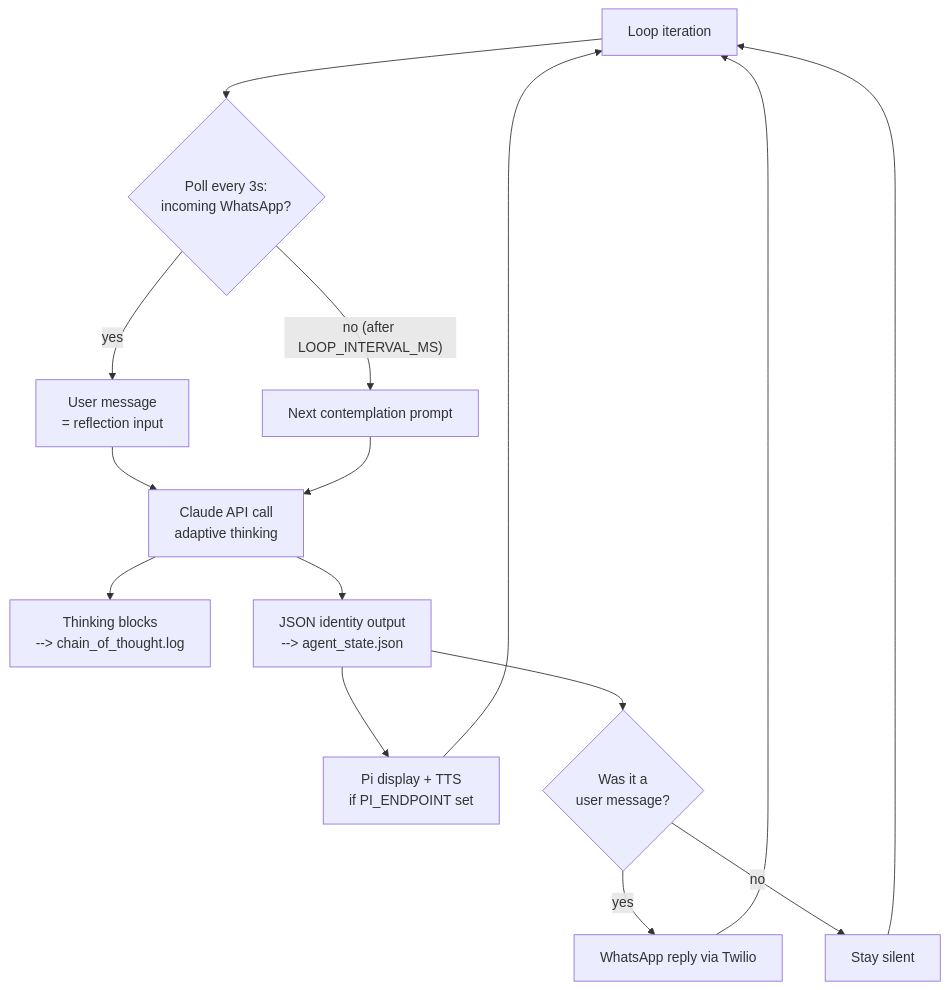
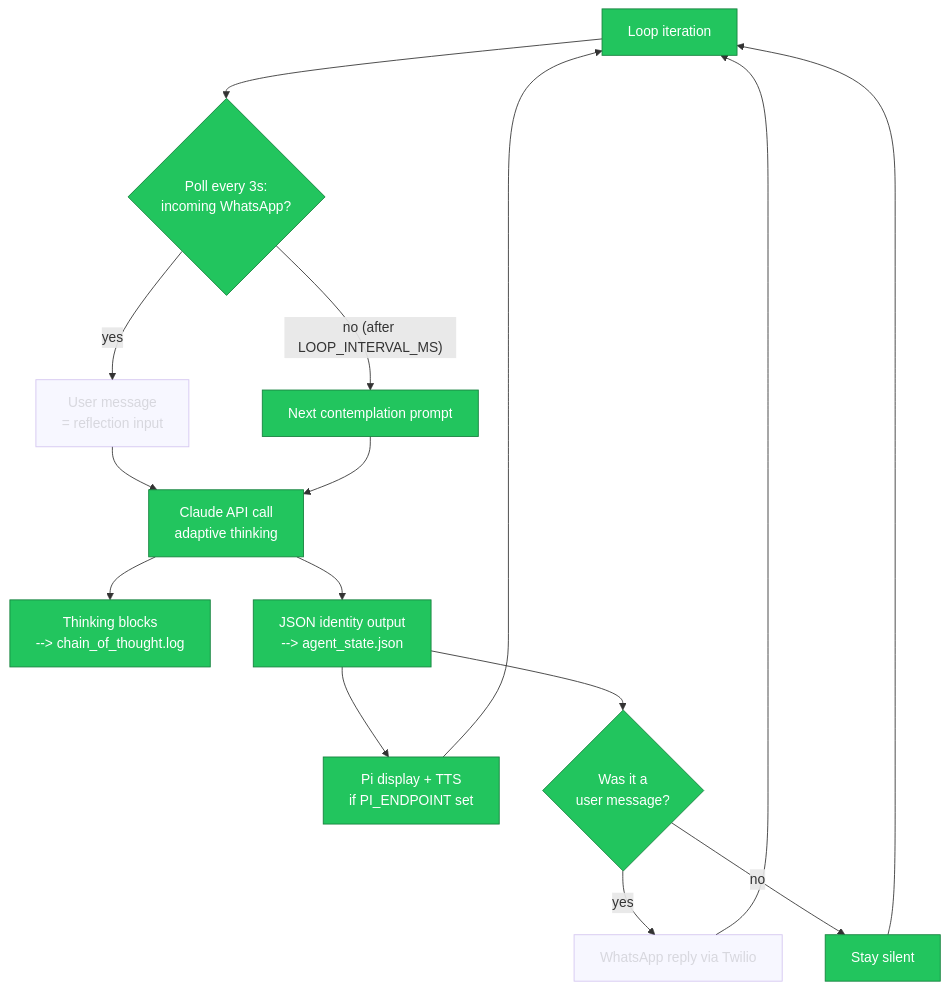
The diagram in README.md (jbisaccia-9/identity-gate), drawn with Mermaid before and after one commit. The commit also changed other lines of this file and 1 other file, not shown here.

Commit message:
telemetry: first snapshot

````diff
--- a/README.md
+++ b/README.md
@@ -34,17 +34,21 @@
 ```mermaid
 flowchart TD
     A[Loop iteration] --> B{Poll every 3s:<br/>incoming WhatsApp?}
     B -- yes --> C[User message<br/>= reflection input]
     B -- "no (after LOOP_INTERVAL_MS)" --> D[Next contemplation prompt]
     C --> E[Claude API call<br/>adaptive thinking]
     D --> E
     E --> F[Thinking blocks<br/>--> chain_of_thought.log]
     E --> G[JSON identity output<br/>--> agent_state.json]
     G --> H[Pi display + TTS<br/>if PI_ENDPOINT set]
     G --> I{Was it a<br/>user message?}
     I -- yes --> J[WhatsApp reply via Twilio]
     I -- no --> K[Stay silent]
     J --> A
     K --> A
     H --> A
+    classDef active fill:#22c55e,stroke:#15803d,color:#fff
+    classDef dormant opacity:0.4
+    class A,B,D,E,F,G,H,I,K active
+    class C,J dormant
 ```
````
